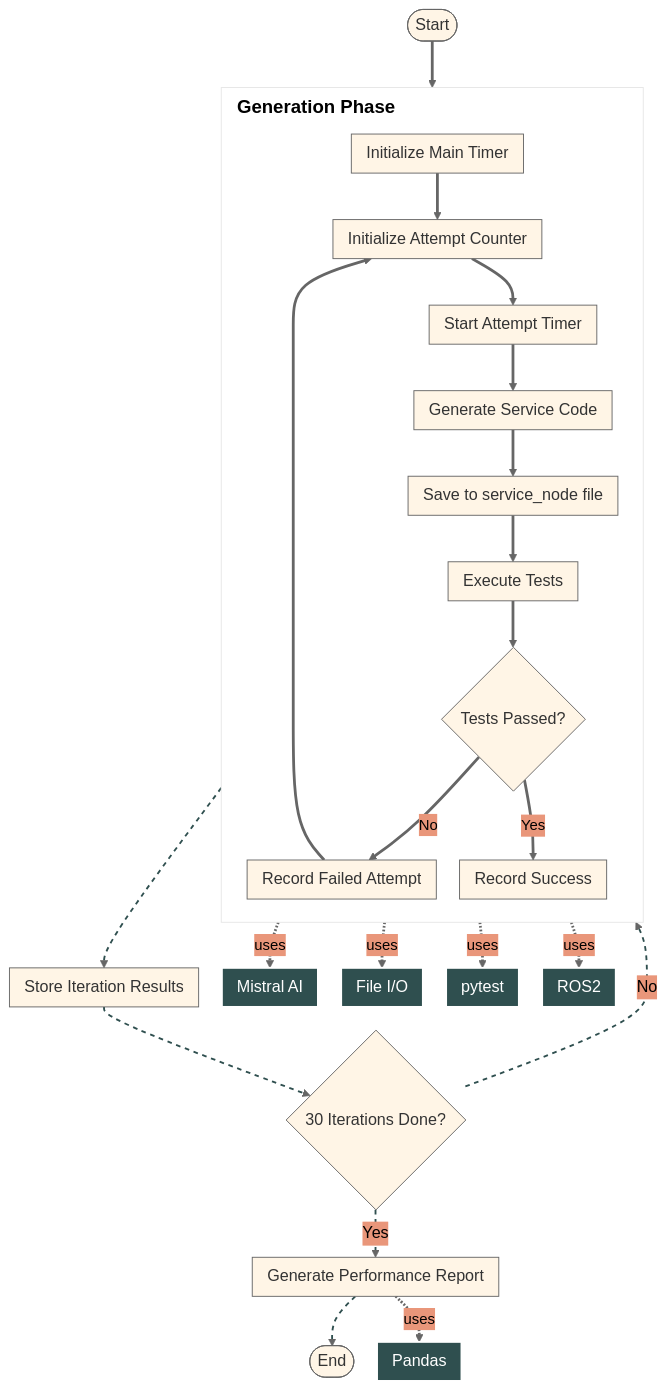
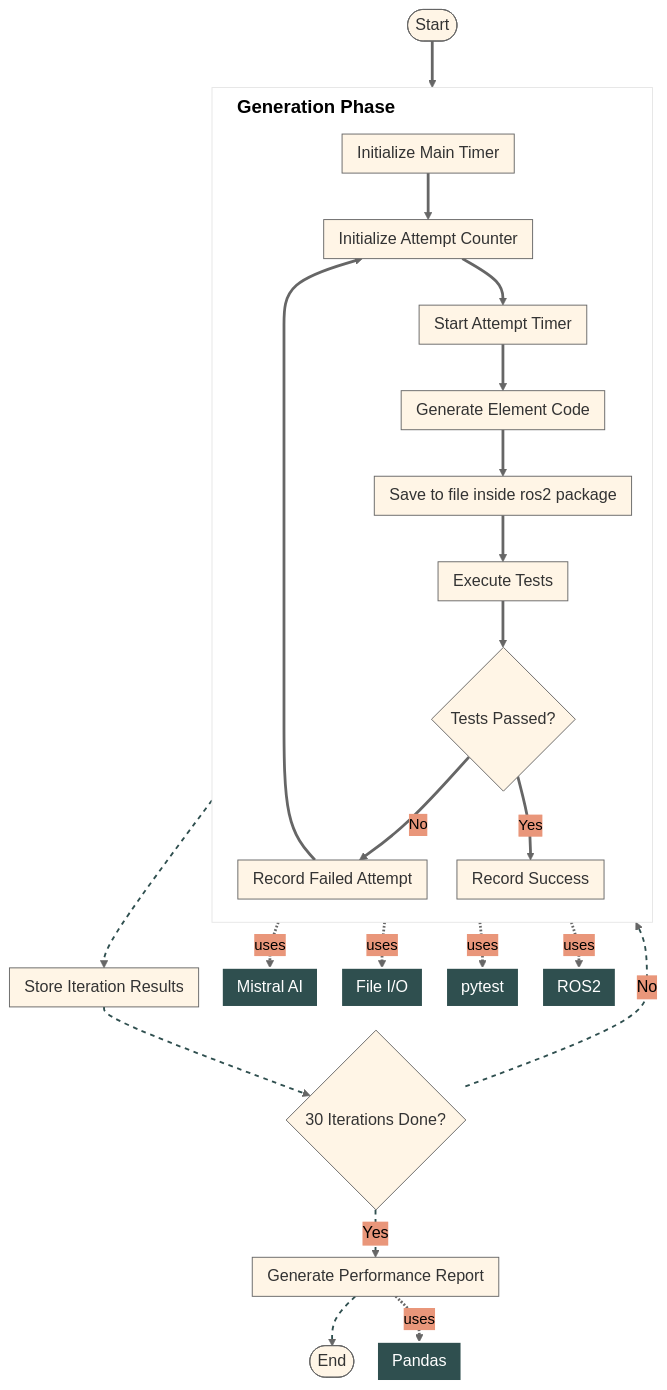
The diagram in README.md (lexmaister/codestral_ros2_gen), drawn with Mermaid before and after one commit. The commit also changed other lines of this file, not shown here.

Commit message:
docs: upd diagram

````diff
--- a/README.md
+++ b/README.md
@@ -6,69 +6,69 @@
 ```mermaid
 %%{ 
 init: { 
      'theme': 'base',
     'themeVariables': {
       'primaryColor': '#BB2528',
       'primaryTextColor': '#000',
       'primaryBorderColor': '#7C0000',
       'secondaryColor': '#E9967A',
       'tertiaryColor': '#fff'
     },
     'flowchart': {
         'useMaxWidth': true,
         'curve': 'basis',
         'subGraphTitleMargin':{
             "top": 5,
             "bottom": 20
             },
         'nodeSpacing': 25, 
         'rankSpacing': 25,
         'padding': 0,
         'wrappingWidth':1200,
         'defaultRenderer': 'dagre-wrapper'
         } 
     } 
 
 }%%
 flowchart TD
     classDef toolbox fill:#2f4f4f,stroke:#fff,stroke-width:2px,color:#fff,font-size:13pt
     classDef default fill:#fff5e6,stroke:#666,color:#333,font-size:13pt
     classDef diamond fill:#fff5e6,stroke:#666,color:#333,font-size:13pt
 
     Start([Start]) ---> MainTimer
 
     subgraph Generation[<span style='font-size:20px; font-weight:bold; display:block; padding-right:250px; '>Generation Phase</span>]
         direction TB       
 
         MainTimer[Initialize Main Timer] --> Counter[Initialize Attempt Counter]
         Counter --> Timer[Start Attempt Timer]
-        Timer --> GenCode[Generate Service Code]
-        GenCode --> SaveCode[Save to service_node file]
+        Timer --> GenCode[Generate Element Code]
+        GenCode --> SaveCode[Save to file inside ros2 package]
         SaveCode --> RunTests[Execute Tests]
         RunTests --> TestResult{Tests Passed?}:::diamond
         TestResult -->|No| RecordFail[Record Failed Attempt]
         TestResult -->|Yes| RecordSuccess[Record Success]
         RecordFail --> Counter
     end
 
     RecordSuccess --> StoreResults[Store Iteration Results]
     StoreResults --> IterationDone{30 Iterations Done?}:::diamond
     IterationDone -->|No| MainTimer
     IterationDone -->|Yes| Report[Generate Performance Report]
     Report --> End([End])
 
     T1[Mistral AI]:::toolbox
     T2[File I/O]:::toolbox
     T3[pytest]:::toolbox
     T4[ROS2]:::toolbox
     T5[Pandas]:::toolbox
 
     GenCode -.->|uses| T1
     SaveCode -.->|uses| T2
     RunTests -.->|uses| T3
     RunTests -.->|uses| T4
     Report -.->|uses| T5
 
     linkStyle default stroke:#666,stroke-width:3px,font-size:12pt
     linkStyle 10,11,12,13,14 stroke:#2f4f4f,stroke-width:2px,stroke-dasharray:5,font-size:13pt
 ```
````
